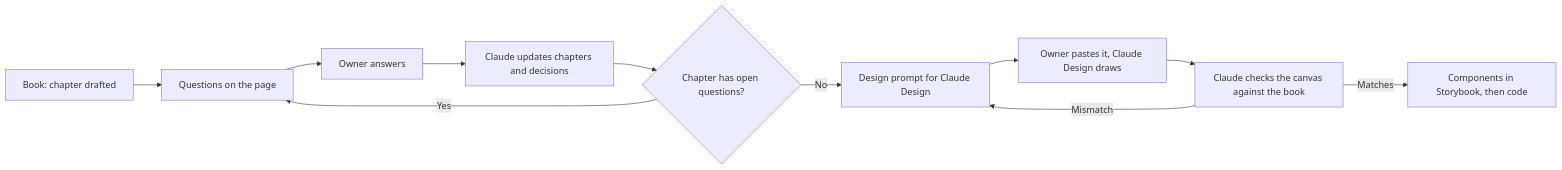
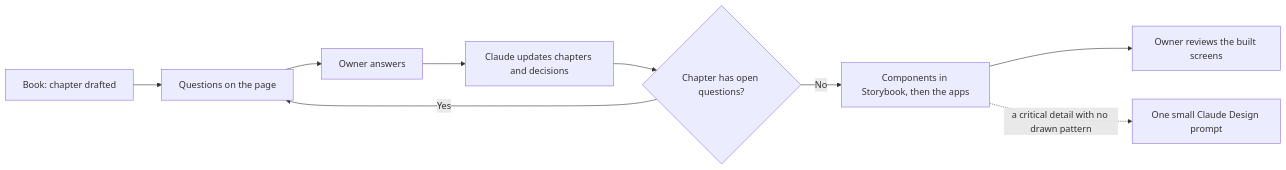
One commit to azamatos/yeral changed the diagram in docs/product/README.md. Above: the diagram before and after it, drawn with Mermaid. The commit also changed other lines of this file and 15 other files, not shown here.

````diff
--- a/docs/product/README.md
+++ b/docs/product/README.md
@@ -30,13 +30,11 @@
 ```mermaid
 flowchart LR
   B["Book: chapter drafted"] --> Q["Questions on the page"]
   Q --> O["Owner answers"]
   O --> U["Claude updates chapters and decisions"]
   U --> C{"Chapter has open questions?"}
   C -->|"Yes"| Q
-  C -->|"No"| D["Design prompt for Claude Design"]
-  D --> P["Owner pastes it, Claude Design draws"]
-  P --> V["Claude checks the canvas against the book"]
-  V -->|"Mismatch"| D
-  V -->|"Matches"| S["Components in Storybook, then code"]
+  C -->|"No"| S["Components in Storybook, then the apps"]
+  S --> R["Owner reviews the built screens"]
+  S -.->|"a critical detail with no drawn pattern"| D["One small Claude Design prompt"]
 ```
````
